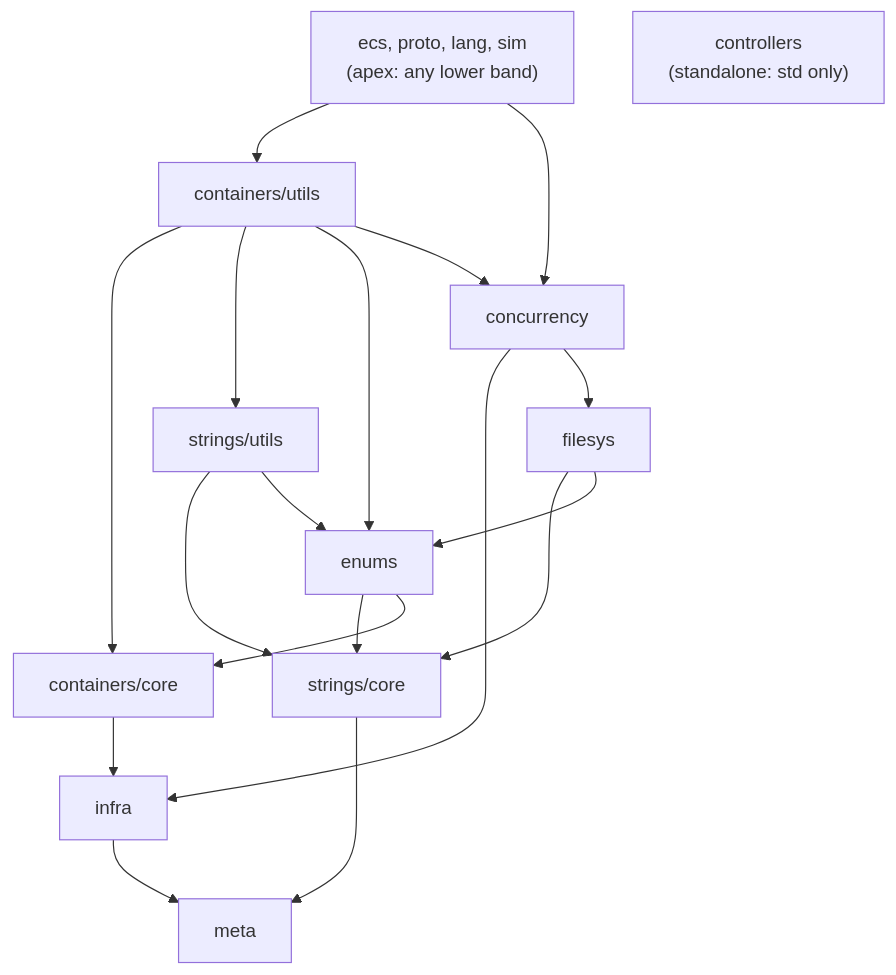
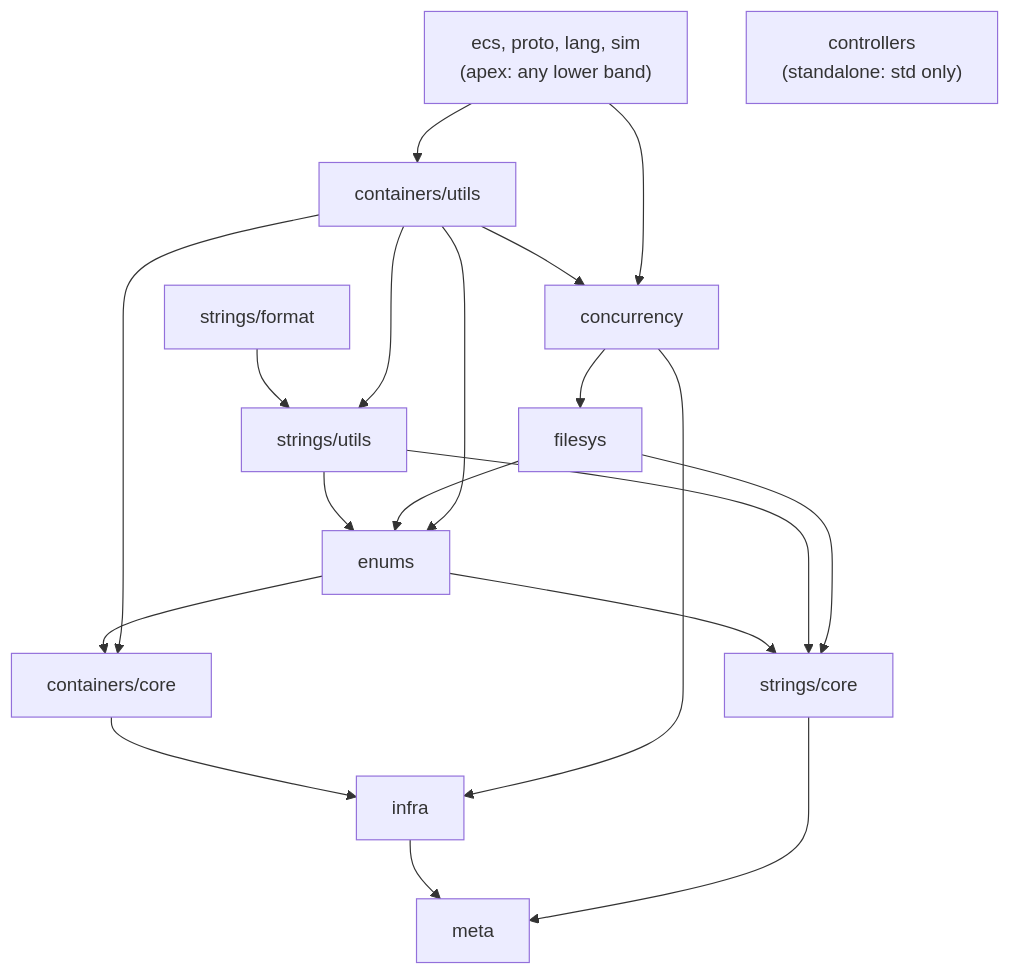
The diagram in corvid/deps.md (stevensudit/Corvid), drawn with Mermaid before and after one commit. The commit also changed other lines of this file and 18 other files, not shown here.

````diff
--- a/corvid/deps.md
+++ b/corvid/deps.md
@@ -110,32 +122,34 @@
 ```mermaid
 graph TD
     meta[meta]
     infra[infra]
     strings_core["strings/core"]
     containers_core["containers/core"]
     enums[enums]
     strings_utils["strings/utils"]
+    strings_format["strings/format"]
     filesys[filesys]
     concurrency[concurrency]
     containers_utils["containers/utils"]
     apex["ecs, proto, lang, sim<br/>(apex: any lower band)"]
     controllers["controllers<br/>(standalone: std only)"]
 
     infra --> meta
     strings_core --> meta
     containers_core --> infra
     enums --> strings_core
     enums --> containers_core
     strings_utils --> strings_core
     strings_utils --> enums
+    strings_format --> strings_utils
     filesys --> strings_core
     filesys --> enums
     concurrency --> infra
     concurrency --> filesys
     containers_utils --> containers_core
     containers_utils --> strings_utils
     containers_utils --> enums
     containers_utils --> concurrency
     apex --> containers_utils
     apex --> concurrency
 ```
````
